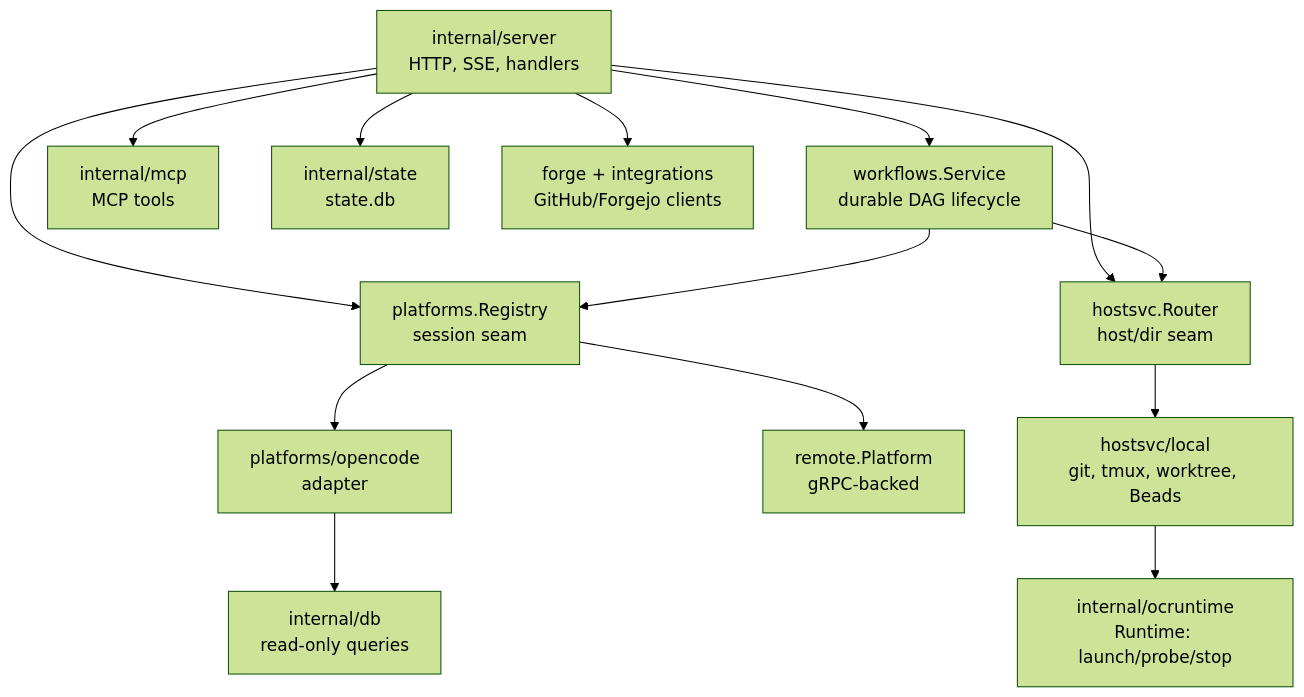
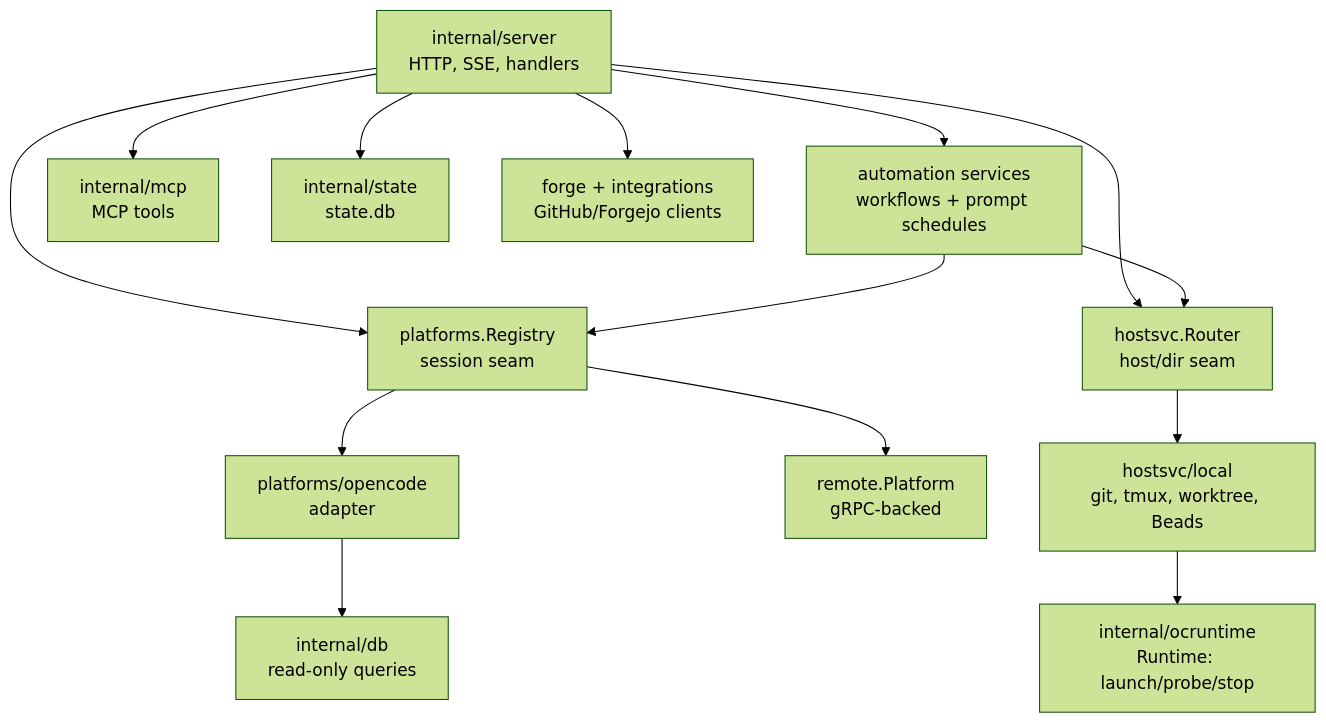
The second of 4 diagrams in docs/architecture.md (ocman/ocman), drawn with Mermaid (forest theme) before and after one commit. The commit also changed other lines of this file and 17 other files, not shown here.

````diff
--- a/docs/architecture.md
+++ b/docs/architecture.md
@@ -48,16 +48,16 @@
 ```mermaid
 flowchart TD
     Server[internal/server<br/>HTTP, SSE, handlers] --> Registry[platforms.Registry<br/>session seam]
     Server --> Router[hostsvc.Router<br/>host/dir seam]
-    Server --> Workflows[workflows.Service<br/>durable DAG lifecycle]
+    Server --> Workflows[automation services<br/>workflows + prompt schedules]
     Workflows --> Registry
     Workflows --> Router
     Server --> MCP[internal/mcp<br/>MCP tools]
     Registry --> OC[platforms/opencode<br/>adapter]
     Registry --> RP[remote.Platform<br/>gRPC-backed]
     OC --> DB[internal/db<br/>read-only queries]
     Router --> Local[hostsvc/local<br/>git, tmux, worktree, Beads]
     Local --> OCRT[internal/ocruntime<br/>Runtime: launch/probe/stop]
     Server --> State[internal/state<br/>state.db]
     Server --> Forge[forge + integrations<br/>GitHub/Forgejo clients]
 ```
````
